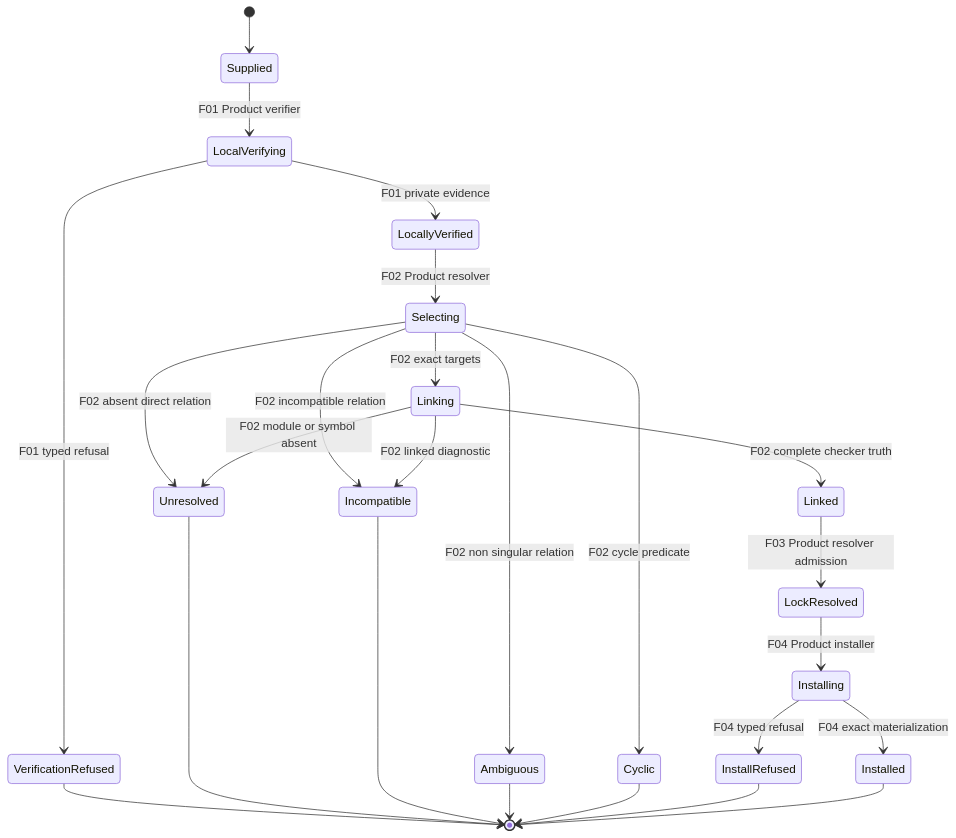
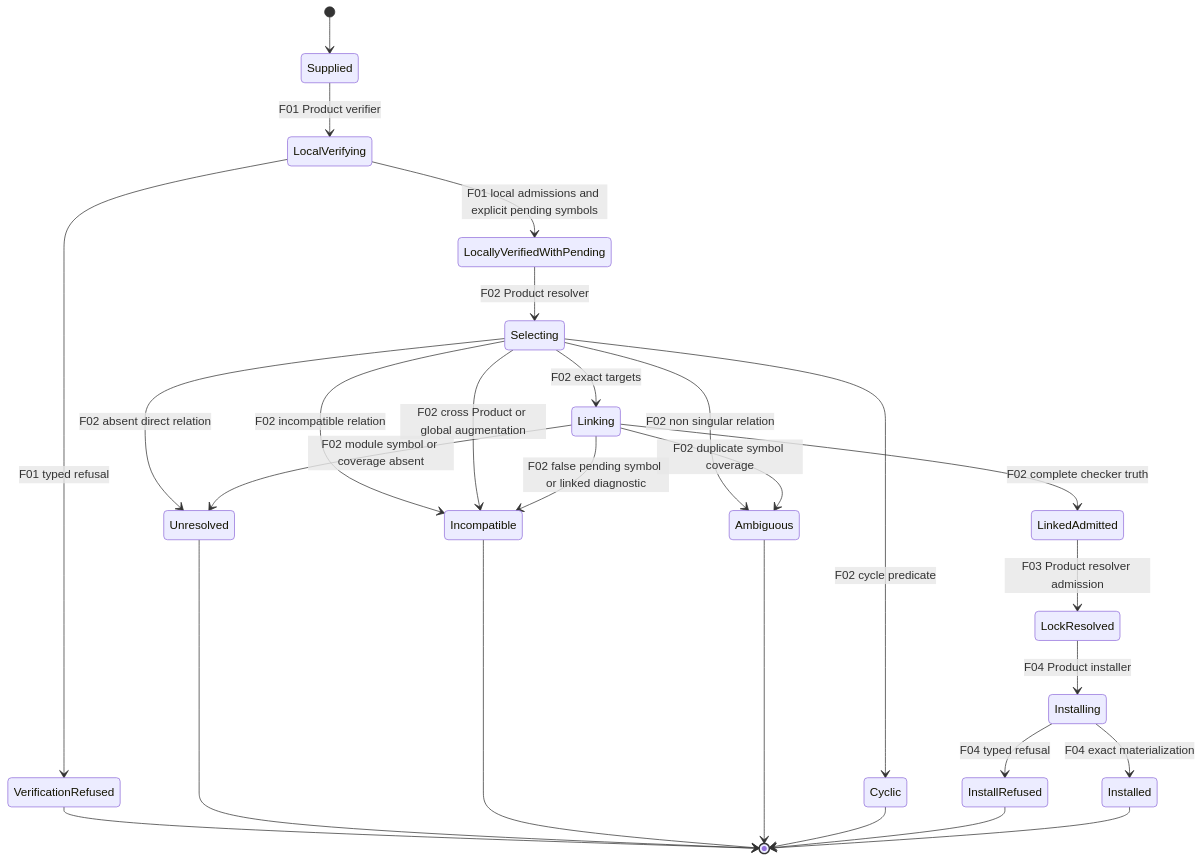
One commit to foolishimp/abiogenesis changed the third of 3 diagrams in build_tenants/abiogenesis/typescript/design/M05_S06_NATIVE_CONTRACT_CLOSURE_DESIGN.md. Above: the diagram before and after it, drawn with Mermaid. The commit also changed other lines of this file and 6 other files, not shown here.

````diff
--- a/build_tenants/abiogenesis/typescript/design/M05_S06_NATIVE_CONTRACT_CLOSURE_DESIGN.md
+++ b/build_tenants/abiogenesis/typescript/design/M05_S06_NATIVE_CONTRACT_CLOSURE_DESIGN.md
@@ -536,27 +602,29 @@
 ```mermaid
 stateDiagram-v2
   [*] --> Supplied
   Supplied --> LocalVerifying: F01 Product verifier
   LocalVerifying --> VerificationRefused: F01 typed refusal
-  LocalVerifying --> LocallyVerified: F01 private evidence
+  LocalVerifying --> LocallyVerifiedWithPending: F01 local admissions and explicit pending symbols
   VerificationRefused --> [*]
-  LocallyVerified --> Selecting: F02 Product resolver
+  LocallyVerifiedWithPending --> Selecting: F02 Product resolver
   Selecting --> Unresolved: F02 absent direct relation
   Selecting --> Incompatible: F02 incompatible relation
   Selecting --> Ambiguous: F02 non singular relation
   Selecting --> Cyclic: F02 cycle predicate
+  Selecting --> Incompatible: F02 cross Product or global augmentation
   Selecting --> Linking: F02 exact targets
-  Linking --> Unresolved: F02 module or symbol absent
-  Linking --> Incompatible: F02 linked diagnostic
-  Linking --> Linked: F02 complete checker truth
+  Linking --> Unresolved: F02 module symbol or coverage absent
+  Linking --> Ambiguous: F02 duplicate symbol coverage
+  Linking --> Incompatible: F02 false pending symbol or linked diagnostic
+  Linking --> LinkedAdmitted: F02 complete checker truth
   Unresolved --> [*]
   Incompatible --> [*]
   Ambiguous --> [*]
   Cyclic --> [*]
-  Linked --> LockResolved: F03 Product resolver admission
+  LinkedAdmitted --> LockResolved: F03 Product resolver admission
   LockResolved --> Installing: F04 Product installer
   Installing --> InstallRefused: F04 typed refusal
   Installing --> Installed: F04 exact materialization
   InstallRefused --> [*]
   Installed --> [*]
 ```
````
